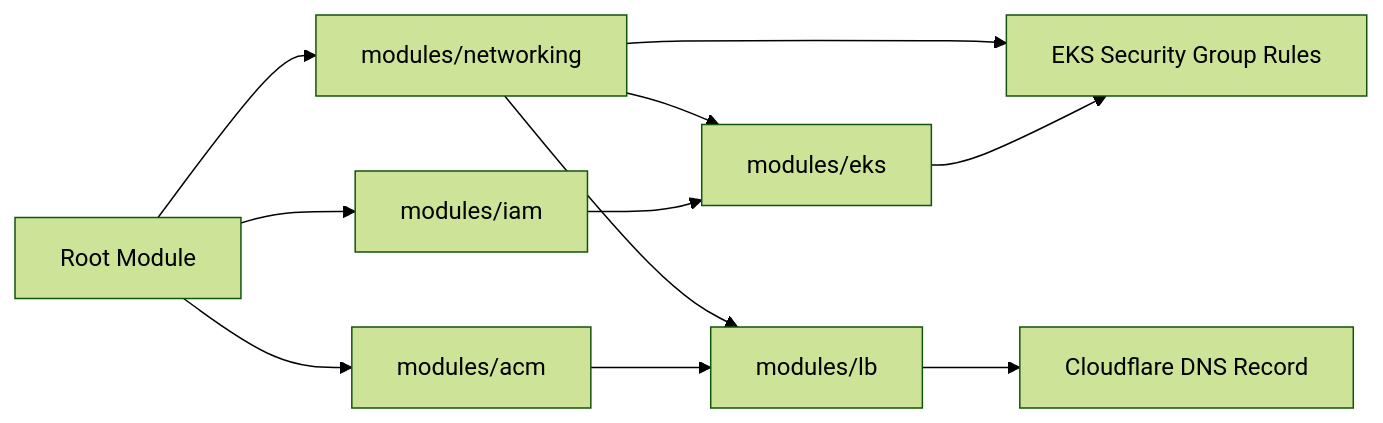
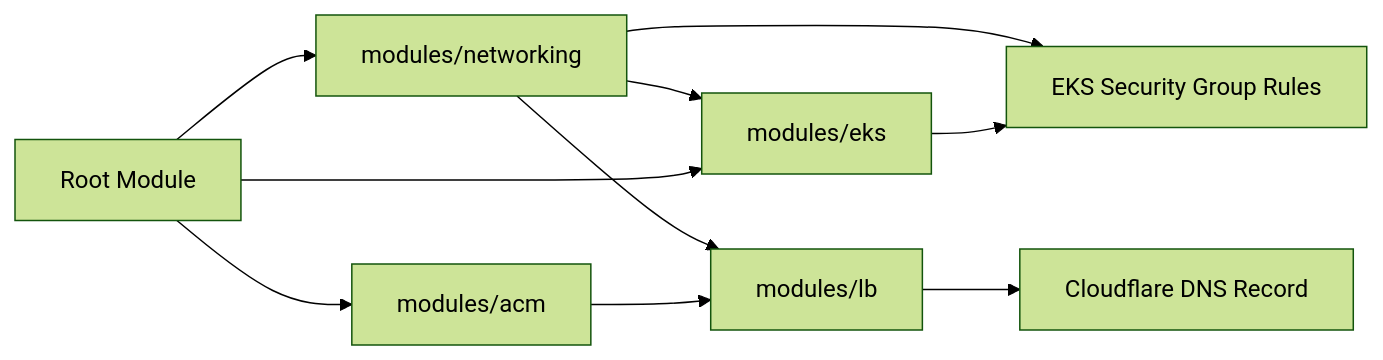
The second of 2 diagrams in aws_kube/provision/README.md (unedtamps/aws), drawn with Mermaid (forest theme) before and after one commit. The commit also changed other lines of this file and 15 other files, not shown here.

Commit message:
refactor iam role to eks

````diff
--- a/aws_kube/provision/README.md
+++ b/aws_kube/provision/README.md
@@ -73,13 +73,12 @@
 ```mermaid
 flowchart LR
     root["Root Module"] --> network["modules/networking"]
-    root --> iam["modules/iam"]
     network --> eks["modules/eks"]
-    iam --> eks
+    root --> eks
     root --> acm["modules/acm"]
     network --> lb["modules/lb"]
     acm --> lb
     lb --> dns["Cloudflare DNS Record"]
     network --> sg["EKS Security Group Rules"]
     eks --> sg
 ```
````
